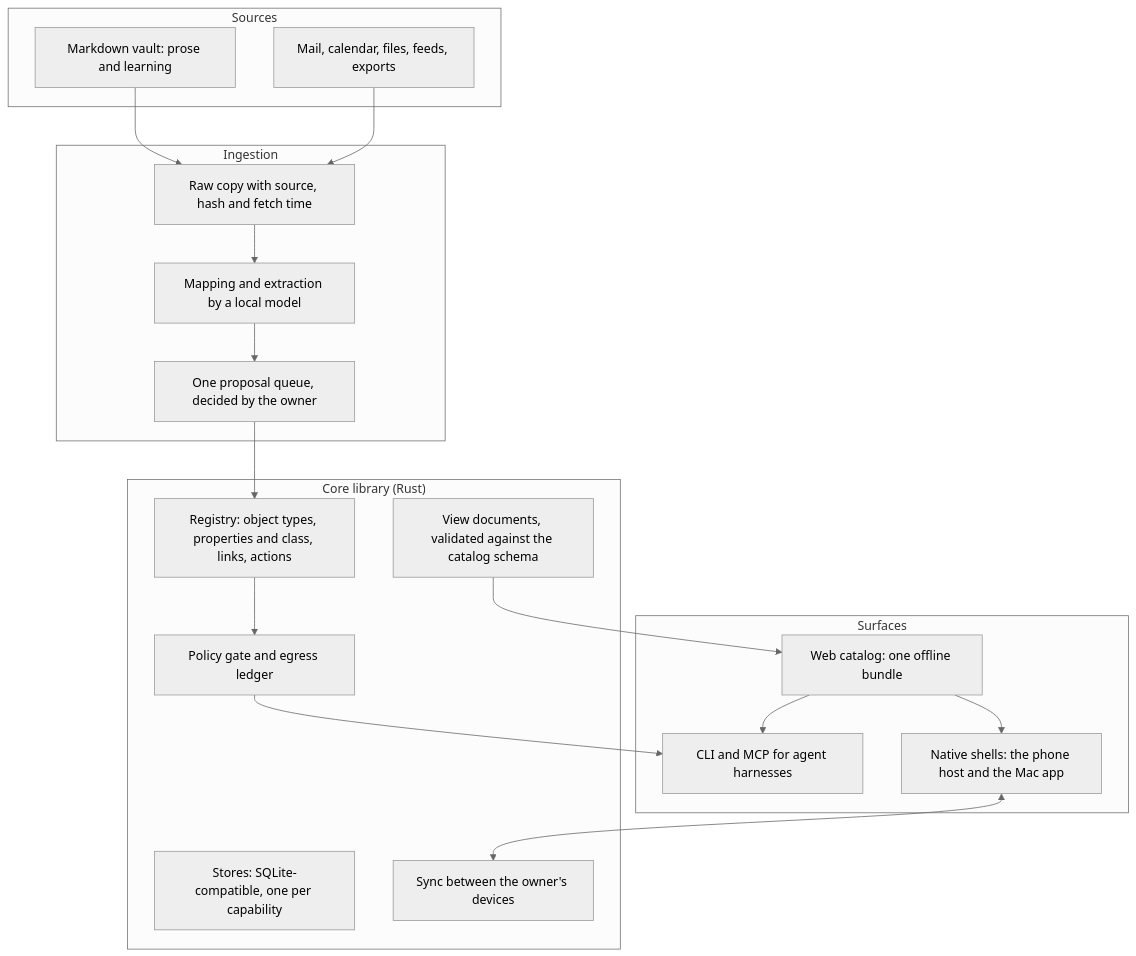
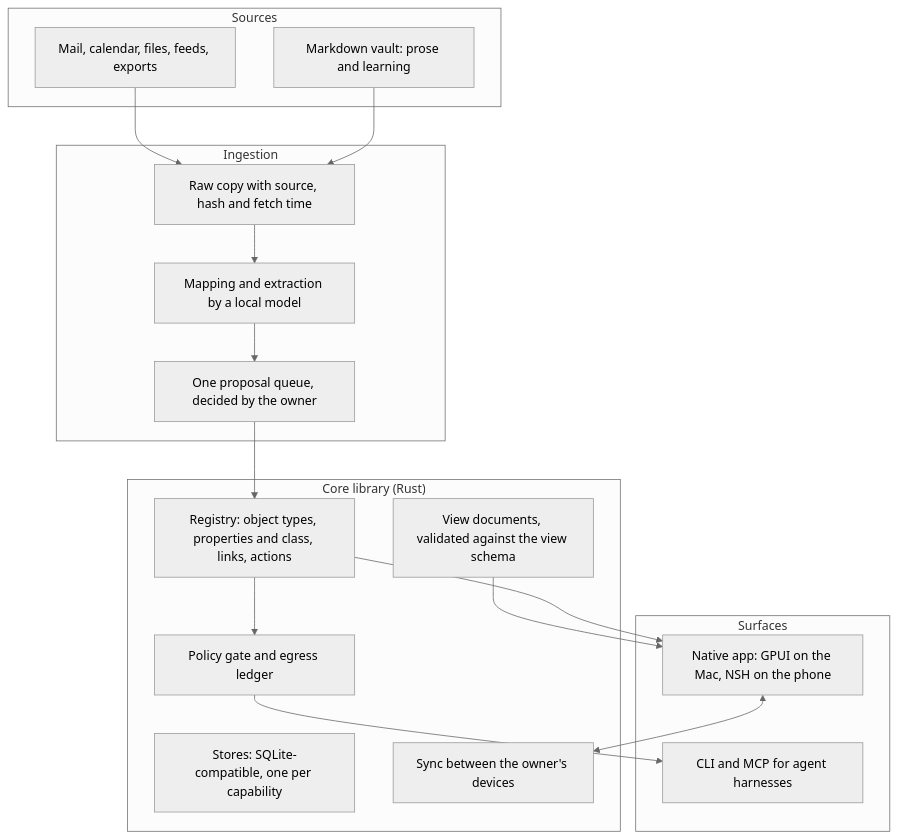
One commit to larsboes/Sjel changed the diagram in website/content/product.md. Above: the diagram before and after it, drawn with Mermaid (neutral theme). The commit also changed other lines of this file and 8 other files, not shown here.

First line of the commit message:
docs: make GPUI and NSH the one UI and take Mac controls from an Ely fork

````diff
--- a/website/content/product.md
+++ b/website/content/product.md
@@ -84,37 +84,35 @@
 ```mermaid
 flowchart TB
   subgraph sources["Sources"]
     tools["Mail, calendar, files, feeds, exports"]
     vault["Markdown vault: prose and learning"]
   end
 
   subgraph core["Core library (Rust)"]
     reg["Registry: object types, properties and class, links, actions"]
     store["Stores: SQLite-compatible, one per capability"]
     gate["Policy gate and egress ledger"]
-    views["View documents, validated against the catalog schema"]
+    views["View documents, validated against the view schema"]
     sync["Sync between the owner's devices"]
   end
 
   subgraph ingest["Ingestion"]
     raw["Raw copy with source, hash and fetch time"]
     extract["Mapping and extraction by a local model"]
     queue["One proposal queue, decided by the owner"]
     raw --> extract --> queue --> reg
   end
 
   subgraph surfaces["Surfaces"]
     agents["CLI and MCP for agent harnesses"]
-    catalog["Web catalog: one offline bundle"]
-    shells["Native shells: the phone host and the Mac app"]
+    apps["Native app: GPUI on the Mac, NSH on the phone"]
   end
 
   tools --> raw
   vault --> raw
   reg --> gate
   gate --> agents
-  views --> catalog
-  catalog --> shells
-  catalog --> agents
-  shells <--> sync
+  views --> apps
+  reg --> apps
+  apps <--> sync
 ```
````
